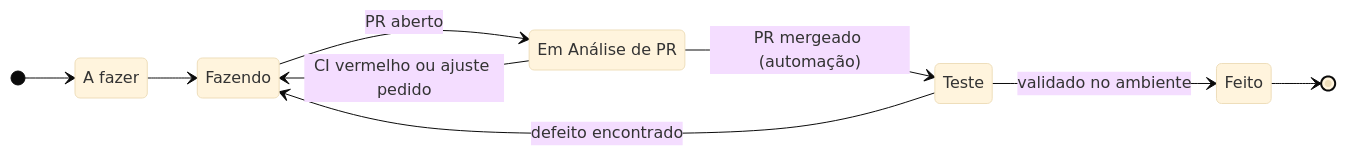
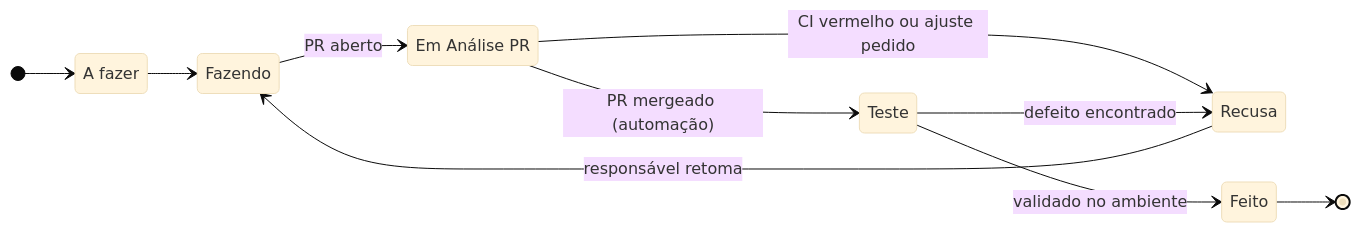
One commit to catolica-orangotango/unicatolica changed the diagram in docs/decisoes/2026-10-02-fluxo-de-status-jira.md. Above: the diagram before and after it, drawn with Mermaid (base theme). The commit also changed other lines of this file, not shown here.

First line of the commit message:
docs(decisoes): status Recusa no fluxo do Jira (KAN-74)

````diff
--- a/docs/decisoes/2026-10-02-fluxo-de-status-jira.md
+++ b/docs/decisoes/2026-10-02-fluxo-de-status-jira.md
@@ -12,15 +12,16 @@
 ```mermaid
 stateDiagram-v2
     direction LR
     [*] --> AFazer
     AFazer --> Fazendo
     Fazendo --> EmAnalisePR: PR aberto
-    EmAnalisePR --> Fazendo: CI vermelho ou ajuste pedido
+    EmAnalisePR --> Recusa: CI vermelho ou ajuste pedido
     EmAnalisePR --> Teste: PR mergeado (automação)
     Teste --> Feito: validado no ambiente
-    Teste --> Fazendo: defeito encontrado
+    Teste --> Recusa: defeito encontrado
+    Recusa --> Fazendo: responsável retoma
     Feito --> [*]
 
     AFazer: A fazer
-    EmAnalisePR: Em Análise de PR
+    EmAnalisePR: Em Análise PR
 ```
````
